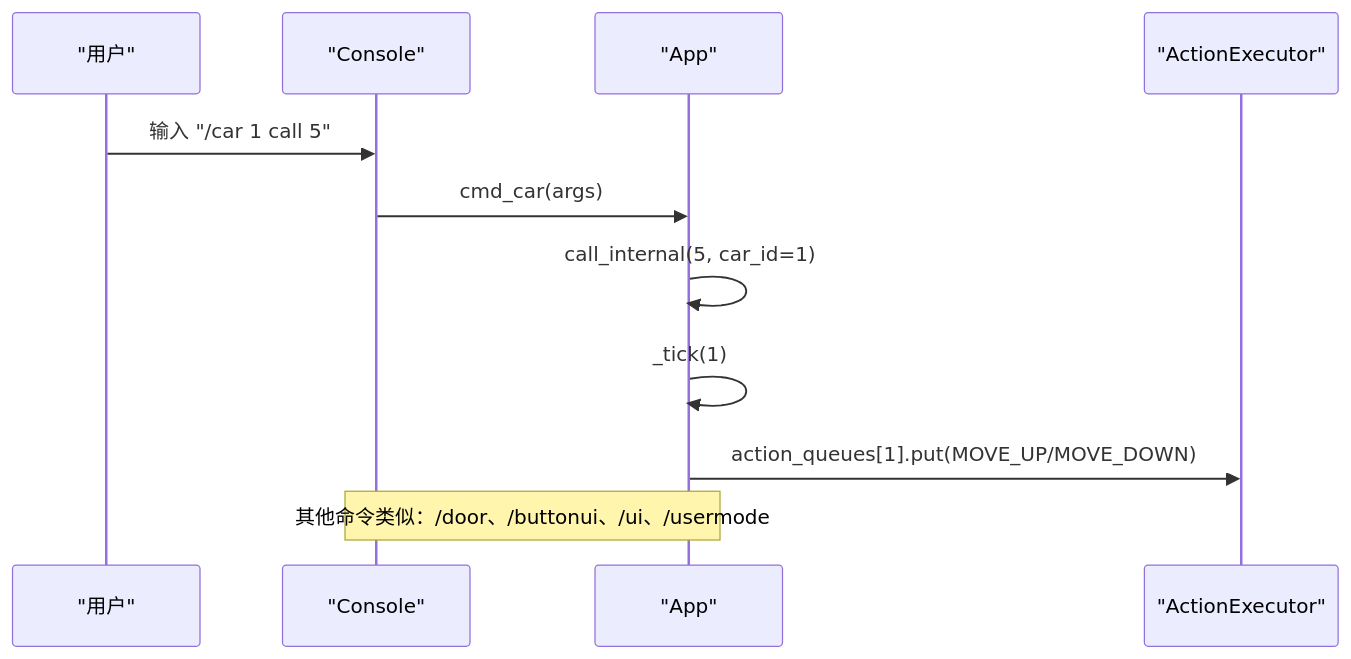
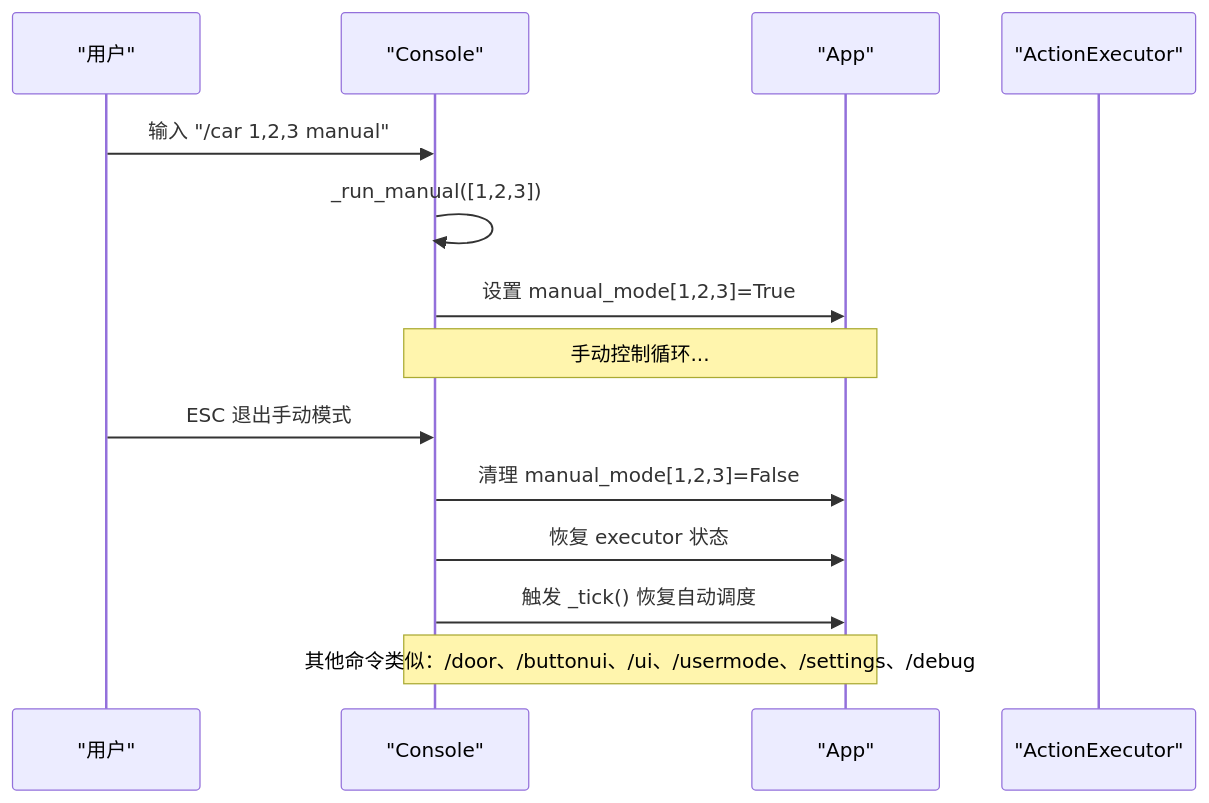
One commit to xmb505/Haku_EET changed the sixth of 7 diagrams in .qoder/repowiki/zh/content/大脑模块.md. Above: the diagram before and after it, drawn with Mermaid. The commit also changed other lines of this file and 40 other files, not shown here.

````diff
--- a/.qoder/repowiki/zh/content/大脑模块.md
+++ b/.qoder/repowiki/zh/content/大脑模块.md
@@ -247,13 +271,16 @@
 ```mermaid
 sequenceDiagram
 participant U as "用户"
 participant C as "Console"
 participant A as "App"
 participant E as "ActionExecutor"
-U->>C : 输入 "/car 1 call 5"
-C->>A : cmd_car(args)
-A->>A : call_internal(5, car_id=1)
-A->>A : _tick(1)
-A->>E : action_queues[1].put(MOVE_UP/MOVE_DOWN)
-Note over C,A : 其他命令类似：/door、/buttonui、/ui、/usermode
+U->>C : 输入 "/car 1,2,3 manual"
+C->>C : _run_manual([1,2,3])
+C->>A : 设置 manual_mode[1,2,3]=True
+Note over C,A : 手动控制循环...
+U->>C : ESC 退出手动模式
+C->>A : 清理 manual_mode[1,2,3]=False
+C->>A : 恢复 executor 状态
+C->>A : 触发 _tick() 恢复自动调度
+Note over C,A : 其他命令类似：/door、/buttonui、/ui、/usermode、/settings、/debug
 ```
````
